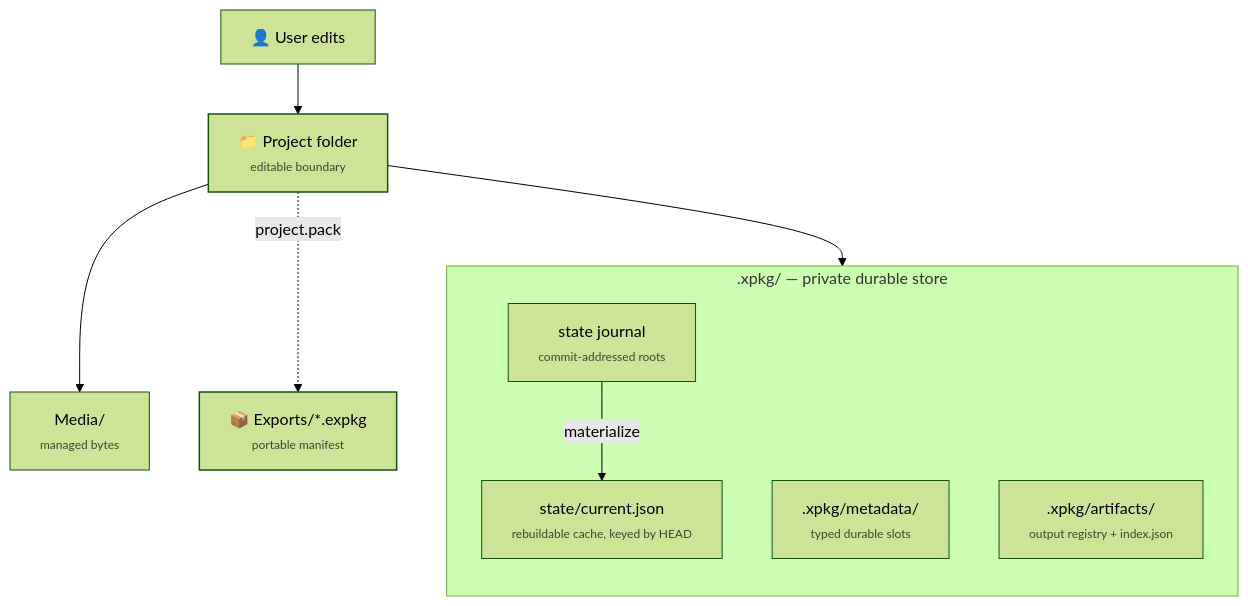
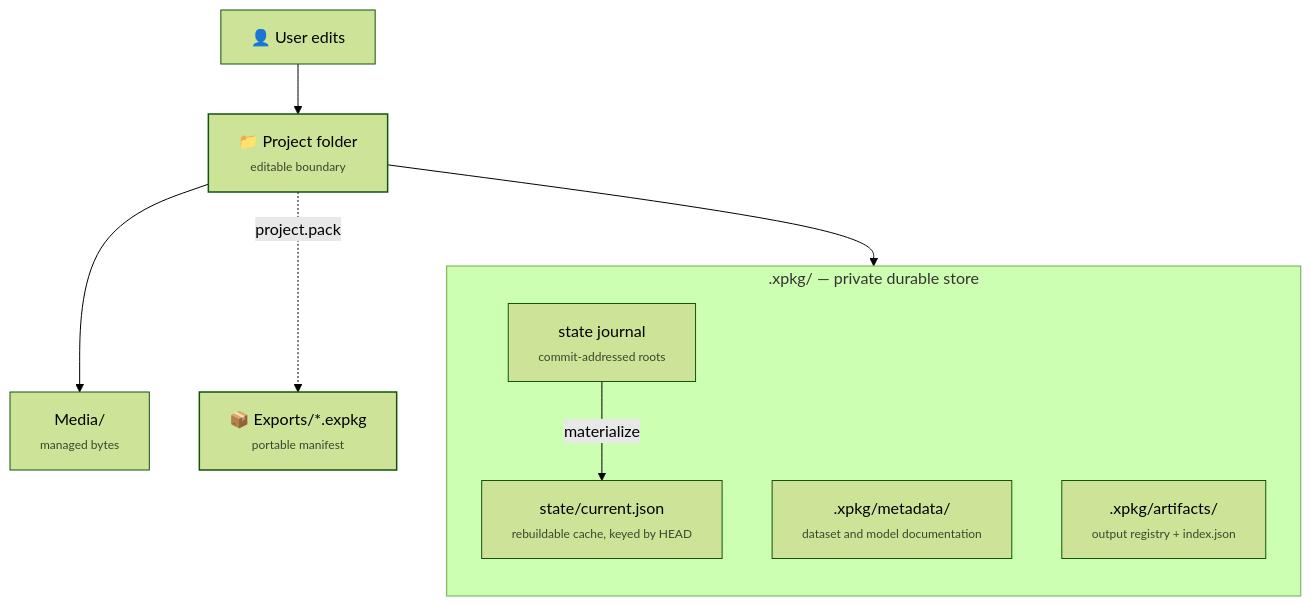
Before and after one commit to Alfredo-Sandoval/exp-pkg: the diagram in docs/architecture/storage-direction.md, drawn with Mermaid (forest theme). The commit also changed other lines of this file and 81 other files, not shown here.

````diff
--- a/docs/architecture/storage-direction.md
+++ b/docs/architecture/storage-direction.md
@@ -15,21 +15,21 @@
 ```mermaid
 flowchart TB
     user["👤 User edits"] --> proj
     proj["📁 Project folder<br/><span style='font-size:0.75em;opacity:0.7'>editable boundary</span>"]:::accent
     proj --> store
     proj --> media
 
     subgraph priv [".xpkg/ — private durable store"]
         direction TB
         store["state journal<br/><span style='font-size:0.75em;opacity:0.7'>commit-addressed roots</span>"]
         cache["state/current.json<br/><span style='font-size:0.75em;opacity:0.7'>rebuildable cache, keyed by HEAD</span>"]
-        meta[".xpkg/metadata/<br/><span style='font-size:0.75em;opacity:0.7'>typed durable slots</span>"]
+        meta[".xpkg/metadata/<br/><span style='font-size:0.75em;opacity:0.7'>dataset and model documentation</span>"]
         artif[".xpkg/artifacts/<br/><span style='font-size:0.75em;opacity:0.7'>output registry + index.json</span>"]
         store -->|materialize| cache
     end
 
     media["Media/<br/><span style='font-size:0.75em;opacity:0.7'>managed bytes</span>"]
     proj -.->|project.pack| expkg["📦 Exports/*.expkg<br/><span style='font-size:0.75em;opacity:0.7'>portable manifest</span>"]:::accent
 
     classDef accent stroke-width:1.5px;
 ```
````
